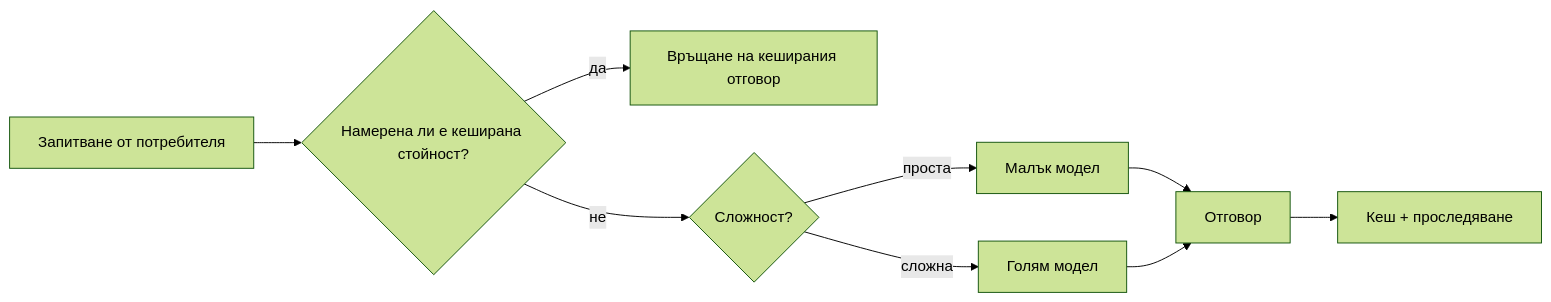
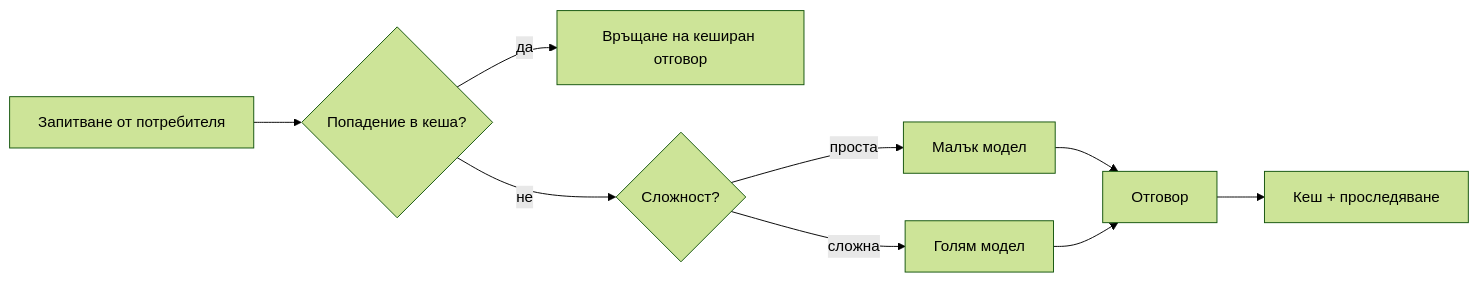
Before and after one commit to gabrielmoreira/agent-skills-mirror: the third of 4 diagrams in mirrors/repos/microsoft@ai-agents-for-beginners/translations/bg/16-deploying-scalable-agents/README.md, drawn with Mermaid (forest theme). The commit also changed other lines of this file and 4262 other files, not shown here.

````diff
--- a/mirrors/repos/microsoft@ai-agents-for-beginners/translations/bg/16-deploying-scalable-agents/README.md
+++ b/mirrors/repos/microsoft@ai-agents-for-beginners/translations/bg/16-deploying-scalable-agents/README.md
@@ -134,11 +134,11 @@
 ```mermaid
 flowchart LR
-    Q[Запитване от потребителя] --> C{Намерена ли е кеширана стойност?}
-    C -->|да| R[Връщане на кеширания отговор]
+    Q[Запитване от потребителя] --> C{Попадение в кеша?}
+    C -->|да| R[Връщане на кеширан отговор]
     C -->|не| Router{Сложност?}
     Router -->|проста| SLM[Малък модел]
     Router -->|сложна| LLM[Голям модел]
     SLM --> Out[Отговор]
     LLM --> Out
     Out --> Store[Кеш + проследяване]
 ```
````
